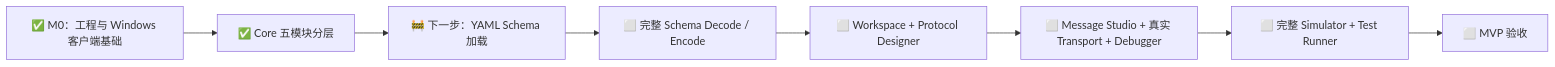
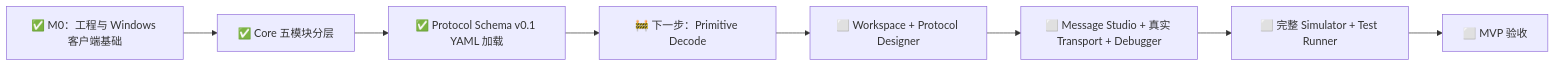
The diagram in docs/IoT Protocol Studio 功能清单与开发进度.md (ZevixQuatol/IoT-Protocol-Studio), drawn with Mermaid before and after one commit. The commit also changed other lines of this file and 16 other files, not shown here.

Commit message:
feat: load Protocol Schema YAML

````diff
--- a/docs/IoT Protocol Studio 功能清单与开发进度.md
+++ b/docs/IoT Protocol Studio 功能清单与开发进度.md
@@ -51,10 +51,10 @@
 ```mermaid
 flowchart LR
     A["✅ M0：工程与 Windows 客户端基础"] --> B["✅ Core 五模块分层"]
-    B --> C["🚧 下一步：YAML Schema 加载"]
-    C --> D["⬜ 完整 Schema Decode / Encode"]
+    B --> C["✅ Protocol Schema v0.1 YAML 加载"]
+    C --> D["🚧 下一步：Primitive Decode"]
     D --> E["⬜ Workspace + Protocol Designer"]
     E --> F["⬜ Message Studio + 真实 Transport + Debugger"]
     F --> G["⬜ 完整 Simulator + Test Runner"]
     G --> H["⬜ MVP 验收"]
 ```
````
